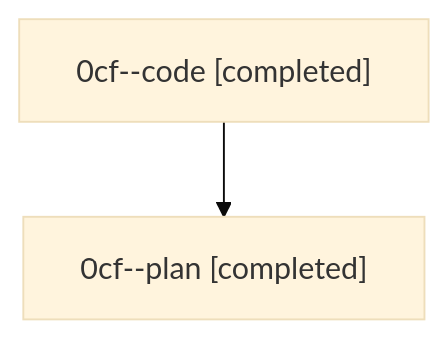
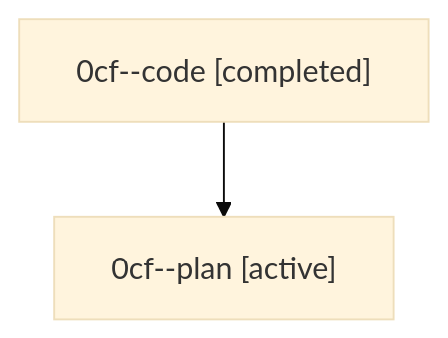
The diagram in families/bbugyi200.athena.0cf.md (sase-org/sase--agents), drawn with Mermaid (base theme) before and after one commit. The commit also changed other lines of this file and 35830 other files, not shown here.

````diff
--- a/families/bbugyi200.athena.0cf.md
+++ b/families/bbugyi200.athena.0cf.md
@@ -9,6 +9,6 @@
 ```mermaid
 flowchart TD
   n0["0cf--code [completed]"]
-  n1["0cf--plan [completed]"]
+  n1["0cf--plan [active]"]
   n0 --> n1
 ```
````
